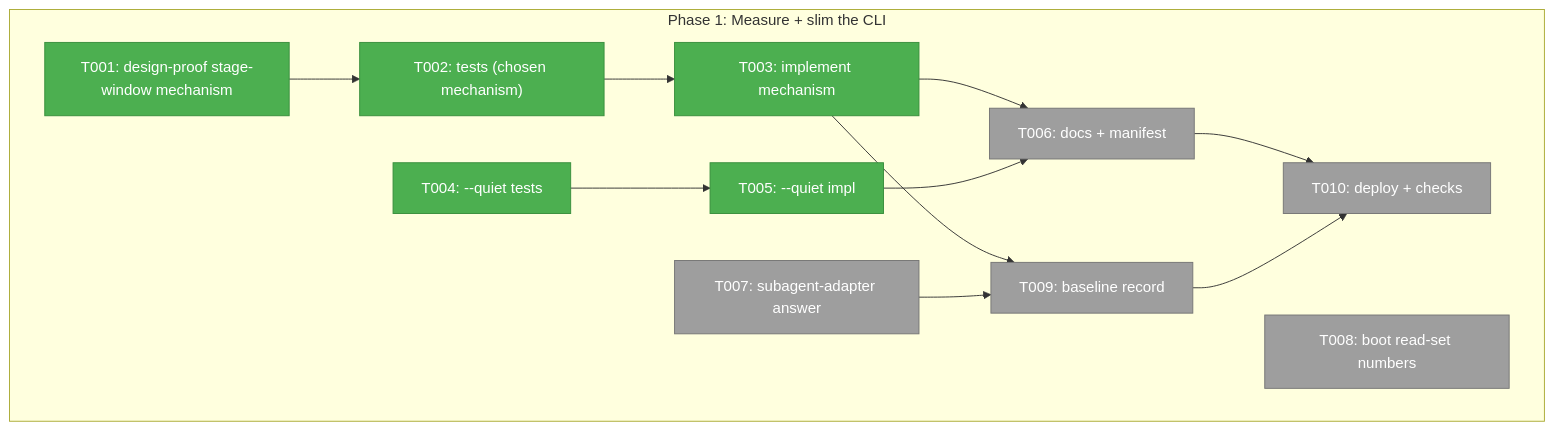
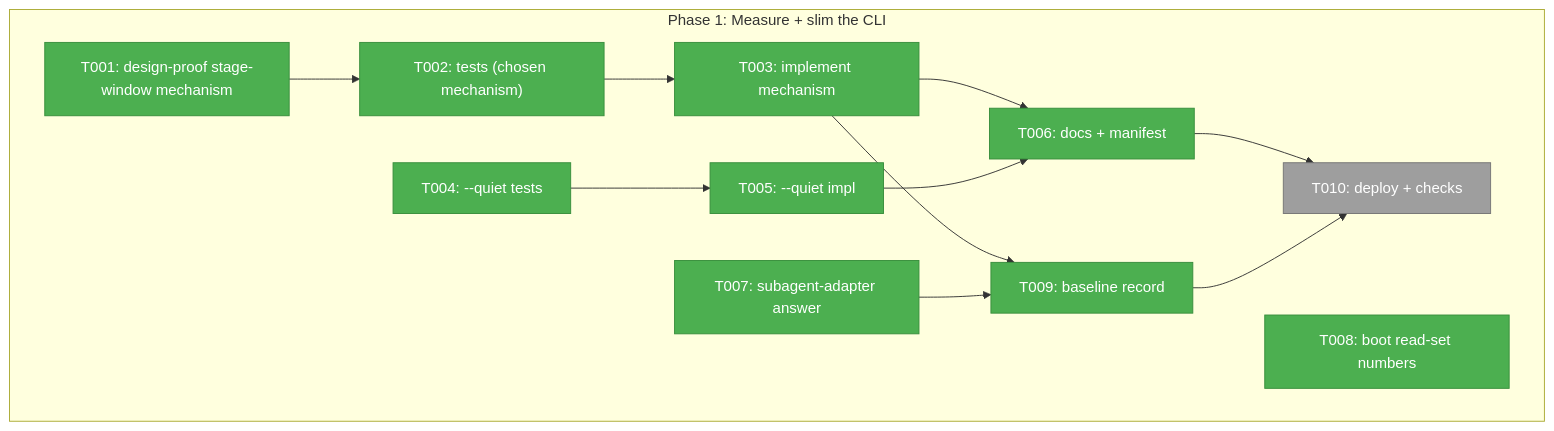
Before and after one commit to AI-Substrate/harness-engineering: the first of 2 diagrams in docs/plans/057-flow-token-efficiency/tasks/phase-1-measure-slim-cli/tasks.md, drawn with Mermaid. The commit also changed other lines of this file and 3 other files, not shown here.

````diff
--- a/docs/plans/057-flow-token-efficiency/tasks/phase-1-measure-slim-cli/tasks.md
+++ b/docs/plans/057-flow-token-efficiency/tasks/phase-1-measure-slim-cli/tasks.md
@@ -29,22 +29,22 @@
 ```mermaid
 flowchart TD
     classDef pending fill:#9E9E9E,stroke:#757575,color:#fff
     classDef completed fill:#4CAF50,stroke:#388E3C,color:#fff
     subgraph Phase["Phase 1: Measure + slim the CLI"]
         T001["T001: design-proof stage-window mechanism"]:::completed
         T002["T002: tests (chosen mechanism)"]:::completed
         T003["T003: implement mechanism"]:::completed
         T004["T004: --quiet tests"]:::completed
         T005["T005: --quiet impl"]:::completed
-        T006["T006: docs + manifest"]:::pending
-        T007["T007: subagent-adapter answer"]:::pending
-        T008["T008: boot read-set numbers"]:::pending
-        T009["T009: baseline record"]:::pending
+        T006["T006: docs + manifest"]:::completed
+        T007["T007: subagent-adapter answer"]:::completed
+        T008["T008: boot read-set numbers"]:::completed
+        T009["T009: baseline record"]:::completed
         T010["T010: deploy + checks"]:::pending
         T001 --> T002 --> T003 --> T009
         T004 --> T005
         T003 --> T006
         T005 --> T006 --> T010
         T007 --> T009 --> T010
     end
 ```
````
